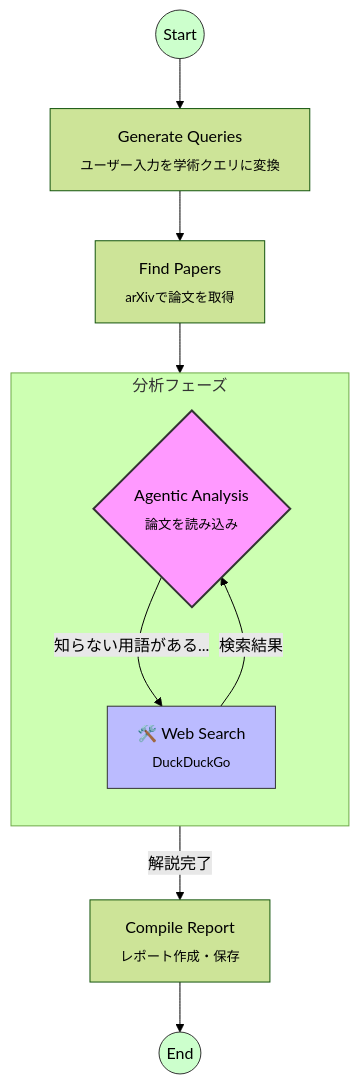
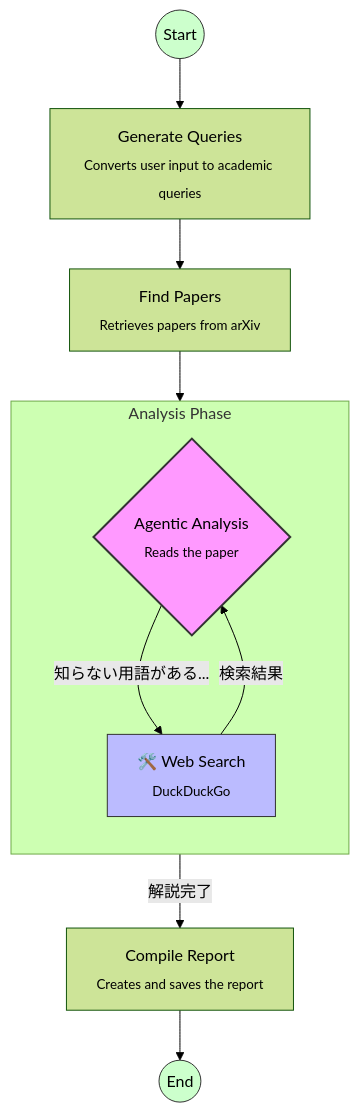
The diagram in README.md (monchy1017/minimal-agent), drawn with Mermaid (forest theme) before and after one commit. The commit also changed other lines of this file, not shown here.

````diff
--- a/README.md
+++ b/README.md
@@ -12,34 +12,34 @@
 ```mermaid
 graph TD
     %% ノードの定義
     Start((Start))
-    GenQuery[Generate Queries<br><sub>ユーザー入力を学術クエリに変換</sub>]
-    FindPapers[Find Papers<br><sub>arXivで論文を取得</sub>]
+    GenQuery[Generate Queries<br><sub>Converts user input to academic queries</sub>]
+    FindPapers[Find Papers<br><sub>Retrieves papers from arXiv</sub>]
     
-    subgraph Analysis_Phase [分析フェーズ]
+    subgraph Analysis_Phase [Analysis Phase]
         direction TB
-        Agent{Agentic Analysis<br><sub>論文を読み込み</sub>}
+        Agent{Agentic Analysis<br><sub>Reads the paper</sub>}
         Tool[🛠️ Web Search<br><sub>DuckDuckGo</sub>]
     end
     
-    Compile[Compile Report<br><sub>レポート作成・保存</sub>]
+    Compile[Compile Report<br><sub>Creates and saves the report</sub>]
     End((End))
 
     %% フローの定義
     Start --> GenQuery
     GenQuery --> FindPapers
     FindPapers --> Agent
     
     %% ReActループの表現
     Agent -- "知らない用語がある..." --> Tool
     Tool -- "検索結果" --> Agent
     
     Agent -- "解説完了" --> Compile
     Compile --> End
 
     %% スタイル
     style Agent fill:#f9f,stroke:#333,stroke-width:2px
     style Tool fill:#bbf,stroke:#333,stroke-width:1px
     style Start fill:#cfc,stroke:#333
     style End fill:#cfc,stroke:#333
 ```
````
